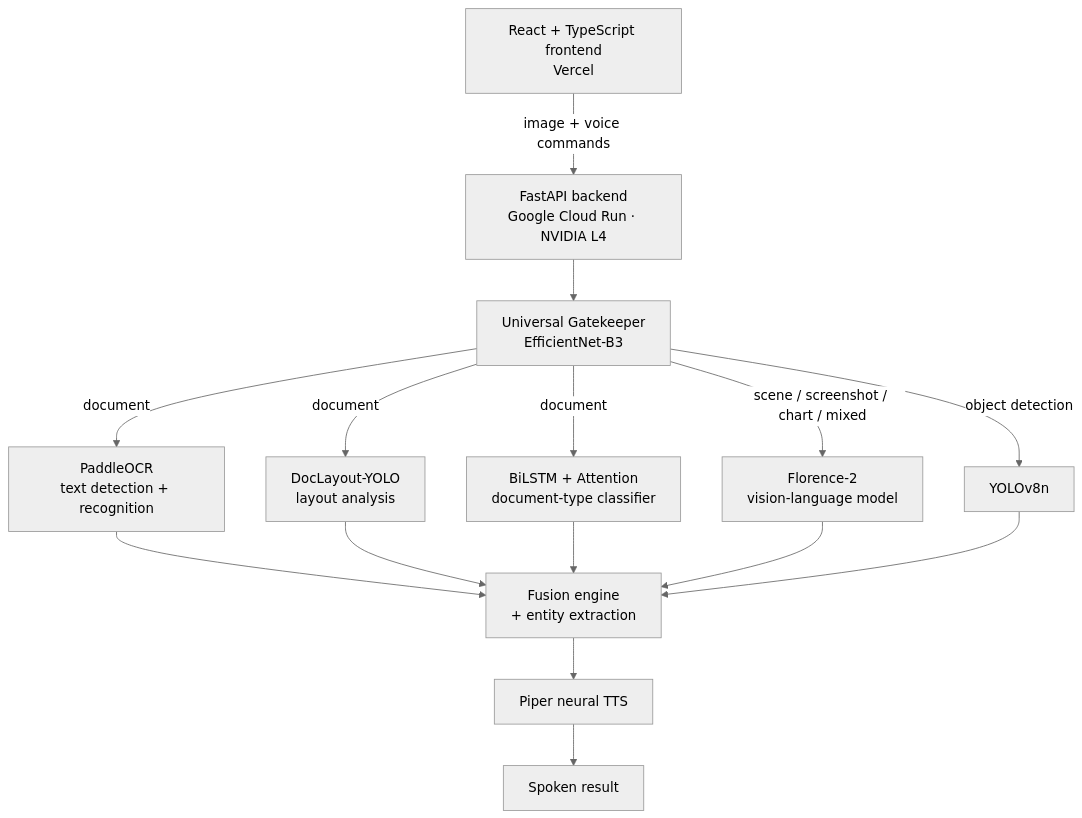
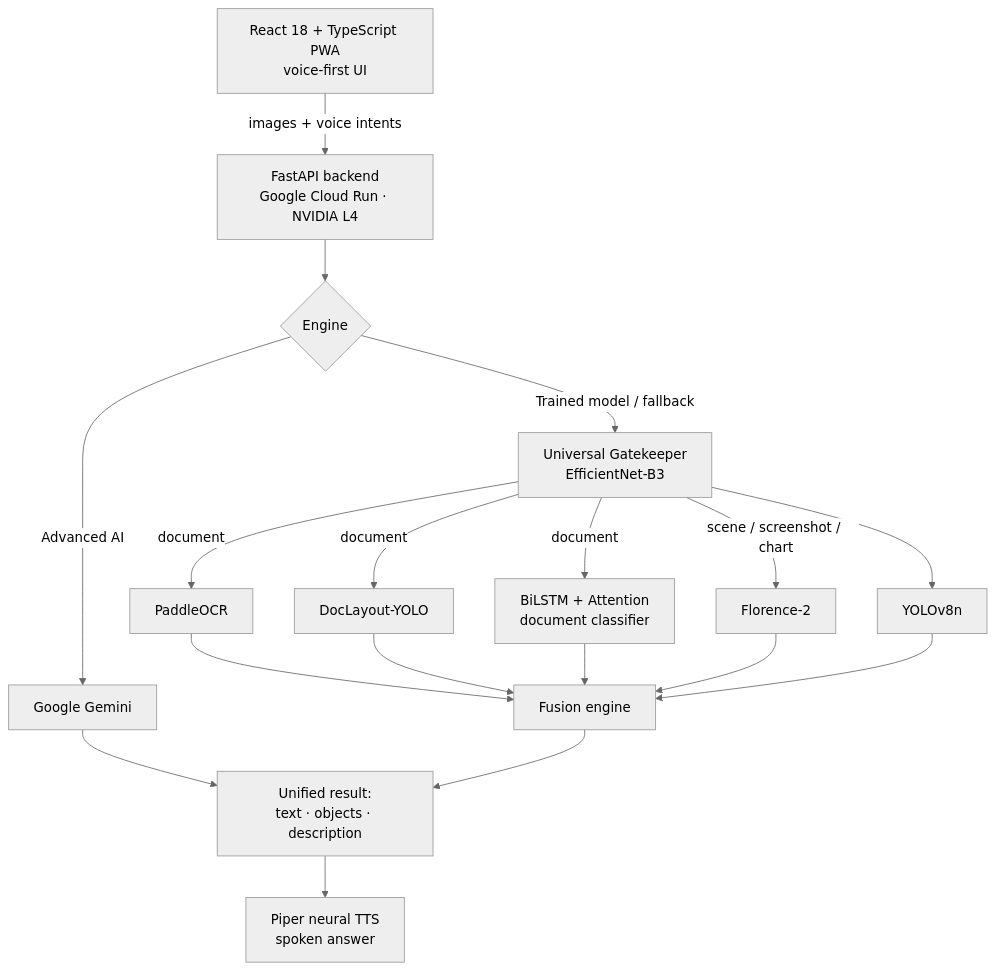
The diagram in README.md (PushkarSingh0074/Vision-Assist-AI), drawn with Mermaid (neutral theme) before and after one commit. The commit also changed other lines of this file, not shown here.

Commit message:
Update README for the current frontend

````diff
--- a/README.md
+++ b/README.md
@@ -44,13 +68,16 @@
 ```mermaid
 flowchart TD
-    U[React + TypeScript frontend<br/>Vercel] -->|image + voice commands| API[FastAPI backend<br/>Google Cloud Run · NVIDIA L4]
-    API --> G[Universal Gatekeeper<br/>EfficientNet-B3]
-    G -->|document| D1[PaddleOCR<br/>text detection + recognition]
-    G -->|document| D2[DocLayout-YOLO<br/>layout analysis]
-    G -->|document| D3[BiLSTM + Attention<br/>document-type classifier]
-    G -->|scene / screenshot / chart / mixed| V[Florence-2<br/>vision-language model]
-    G -->|object detection| Y[YOLOv8n]
-    D1 & D2 & D3 & V & Y --> F[Fusion engine<br/>+ entity extraction]
-    F --> T[Piper neural TTS]
-    T --> S[Spoken result]
+    U[React 18 + TypeScript PWA<br/>voice-first UI] -->|images + voice intents| API[FastAPI backend<br/>Google Cloud Run · NVIDIA L4]
+    API --> M{Engine}
+    M -->|Advanced AI| GEM[Google Gemini]
+    M -->|Trained model / fallback| G[Universal Gatekeeper<br/>EfficientNet-B3]
+    G -->|document| D1[PaddleOCR]
+    G -->|document| D2[DocLayout-YOLO]
+    G -->|document| D3[BiLSTM + Attention<br/>document classifier]
+    G -->|scene / screenshot / chart| V[Florence-2]
+    G --> Y[YOLOv8n]
+    D1 & D2 & D3 & V & Y --> F[Fusion engine]
+    GEM --> R[Unified result:<br/>text · objects · description]
+    F --> R
+    R --> T[Piper neural TTS<br/>spoken answer]
 ```
````
